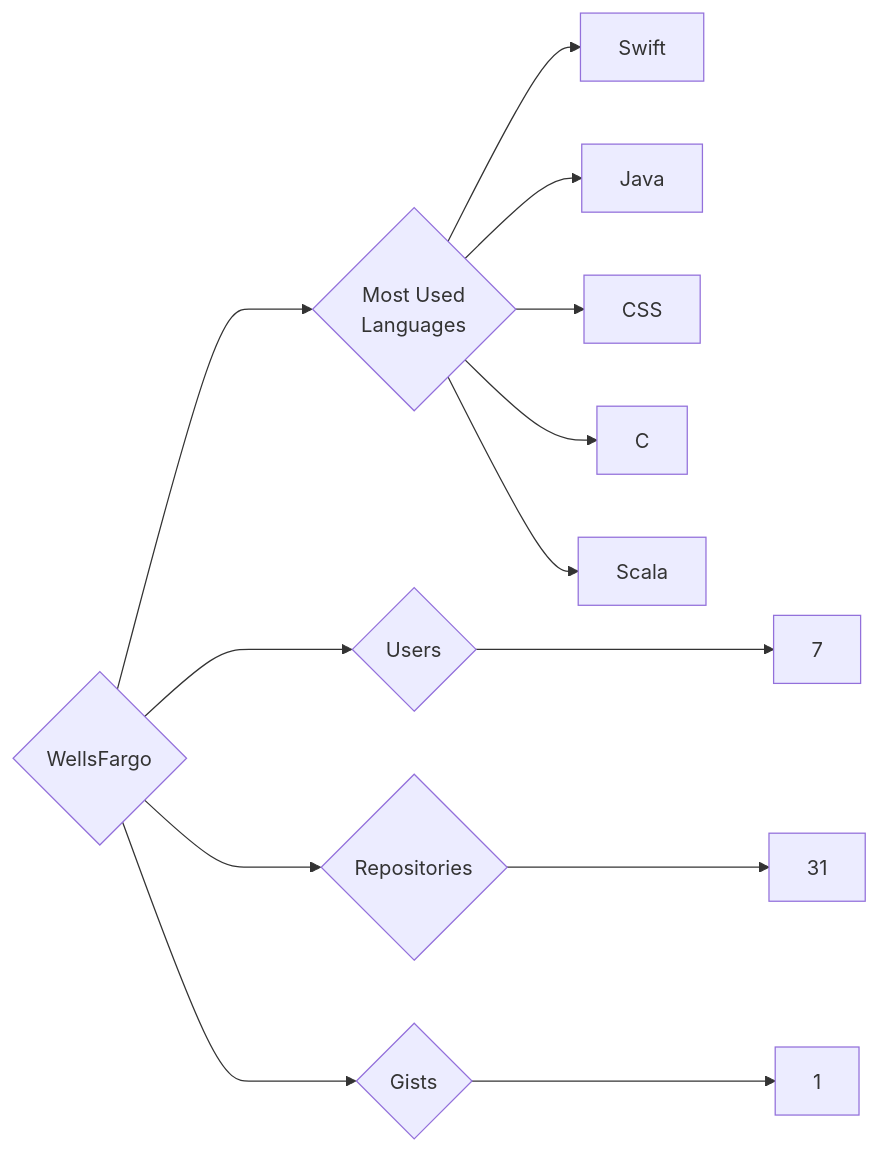
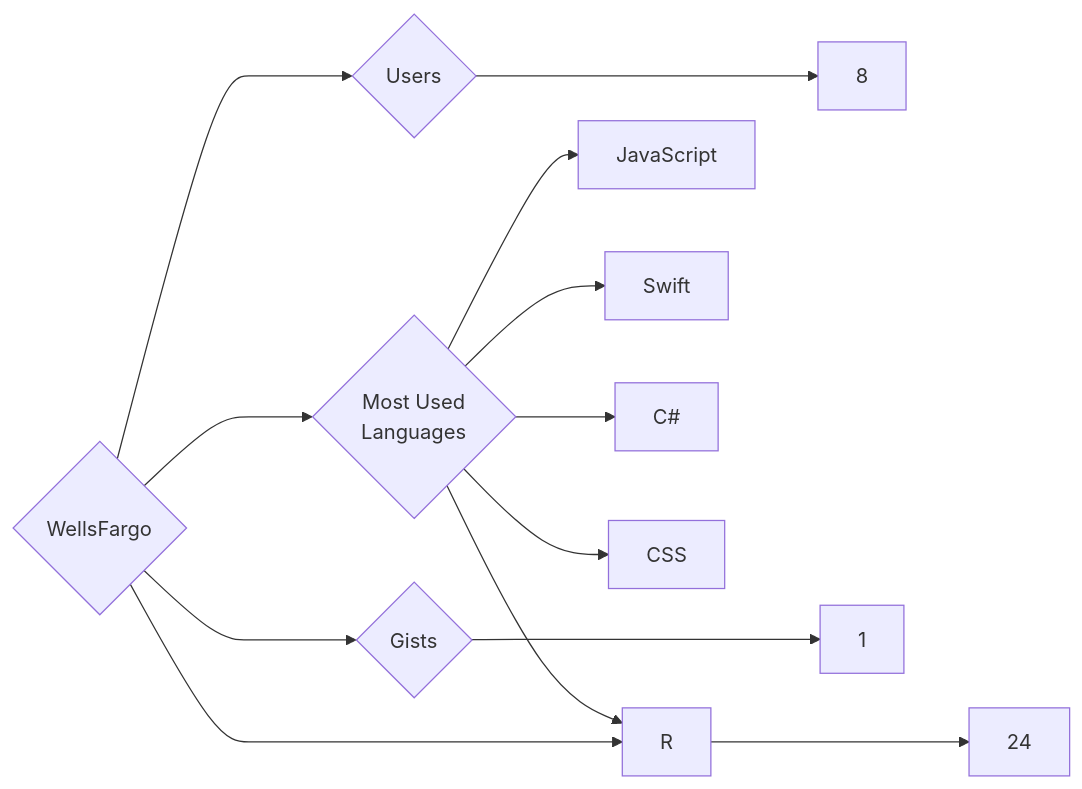
The diagram in targets/WellsFargo/README.md (trickest/insiders), drawn with Mermaid before and after one commit. The commit also changed 1248 other files, not shown here.

````diff
--- a/targets/WellsFargo/README.md
+++ b/targets/WellsFargo/README.md
@@ -3,13 +3,13 @@
 ```mermaid
 graph LR
 COMPANY_NAME{WellsFargo}
-COMPANY_NAME ---> U{Users} ---> UN[7]
-COMPANY_NAME ---> R{Repositories} ---> RN[31]
+COMPANY_NAME ---> U{Users} ---> UN[8]
+COMPANY_NAME ---> R{Repositories} ---> RN[24]
 COMPANY_NAME ---> G{Gists} ---> GN[1]
 COMPANY_NAME ---> ML{Most Used<br>Languages}
+ML --> JavaScript[JavaScript]
 ML --> Swift[Swift]
-ML --> Java[Java]
+ML --> C#[C#]
+ML --> R[R]
 ML --> CSS[CSS]
-ML --> C[C]
-ML --> Scala[Scala]
 ```
````
